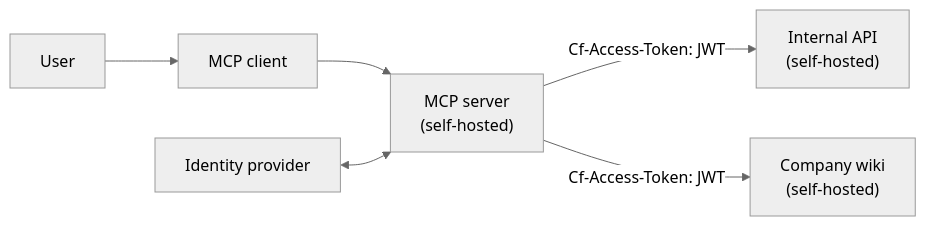
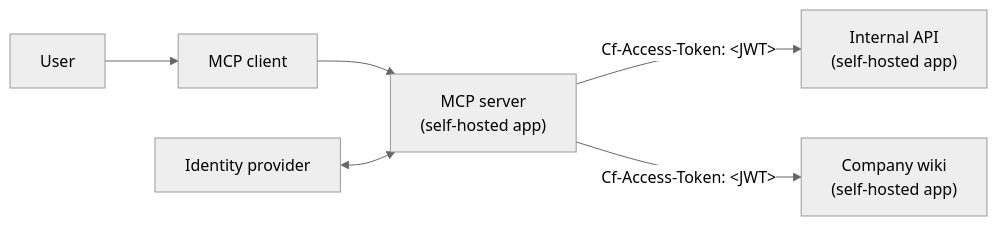
Before and after one commit to cloudflare/cloudflare-docs: the first of 2 diagrams in src/content/docs/cloudflare-one/access-controls/ai-controls/linked-apps.mdx, drawn with Mermaid (neutral theme). The commit also changed other lines of this file, not shown here.

Commit message:
self-hosted app flow

````diff
--- a/src/content/docs/cloudflare-one/access-controls/ai-controls/linked-apps.mdx
+++ b/src/content/docs/cloudflare-one/access-controls/ai-controls/linked-apps.mdx
@@ -21,9 +21,9 @@
 ```mermaid
 flowchart LR
 accTitle: Self-hosted MCP server accessing internal applications
     User --> client["MCP client"]
-    client --> mcp["MCP server <br> (self-hosted)"]
-    mcp -- "Cf-Access-Token: JWT" --> app1["Internal API <br> (self-hosted)"]
-    mcp -- "Cf-Access-Token: JWT" --> app2["Company wiki <br> (self-hosted)"]
+    client --> mcp["MCP server <br> (self-hosted app)"]
+    mcp -- "Cf-Access-Token: &lt;JWT&gt;" --> app1["Internal API <br> (self-hosted app)"]
+    mcp -- "Cf-Access-Token: &lt;JWT&gt;" --> app2["Company wiki <br> (self-hosted app)"]
     idp[Identity provider] <--> mcp
 ```
````
